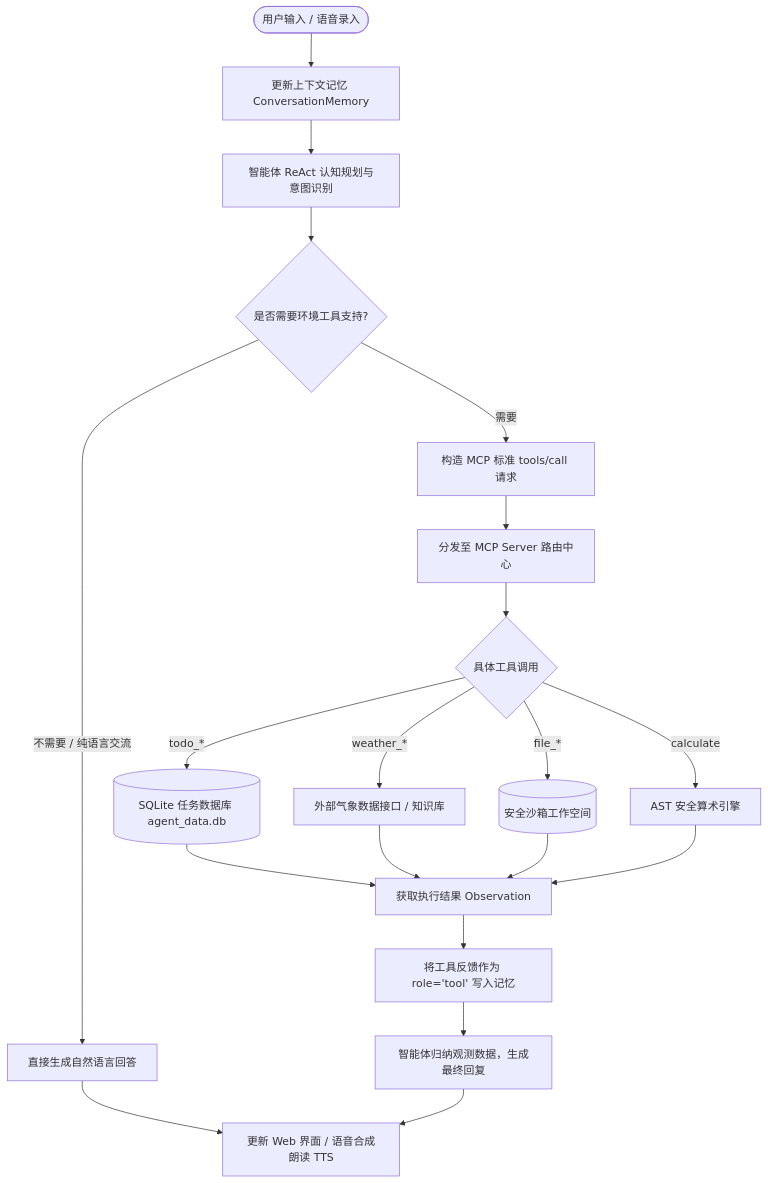
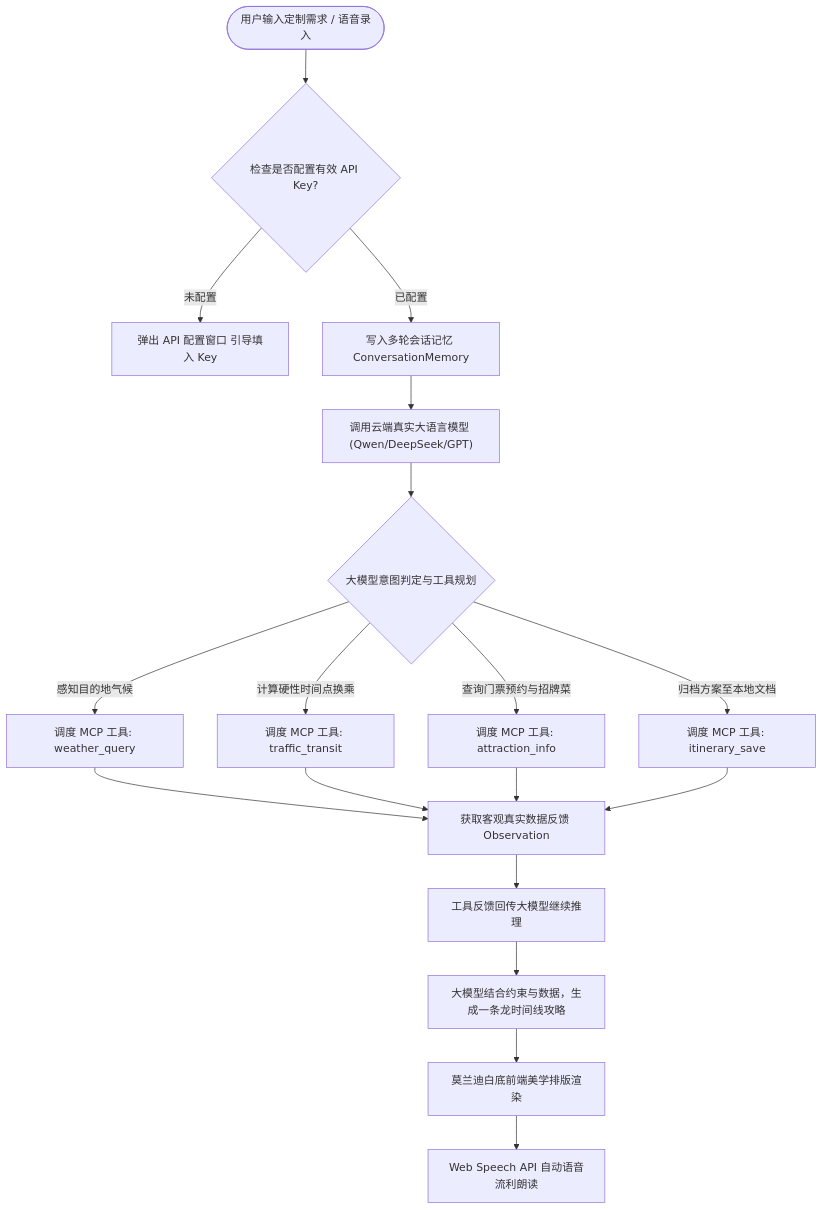
One commit to IntZhx2/IntZhx2 changed the diagram in smart_agent/BLOG.md. Above: the diagram before and after it, drawn with Mermaid. The commit also changed other lines of this file and 10 other files, not shown here.

````diff
--- a/smart_agent/BLOG.md
+++ b/smart_agent/BLOG.md
@@ -68,29 +67,26 @@
 ```mermaid
 flowchart TD
-    Start([用户输入 / 语音录入]) --> MemoryUpdate[更新上下文记忆 ConversationMemory]
-    MemoryUpdate --> Think[智能体 ReAct 认知规划与意图识别]
+    User([用户输入定制需求 / 语音录入]) --> ValidateKey{检查是否配置有效 API Key?}
+    ValidateKey -->|未配置| ShowModal[弹出 API 配置窗口 引导填入 Key]
     
-    Think --> Decision{是否需要环境工具支持?}
+    ValidateKey -->|已配置| MemoryAppend[写入多轮会话记忆 ConversationMemory]
+    MemoryAppend --> CloudLLM["调用云端真实大语言模型 (Qwen/DeepSeek/GPT)"]
     
-    Decision -->|不需要 / 纯语言交流| DirectAnswer[直接生成自然语言回答]
+    CloudLLM --> ReActDecision{大模型意图判定与工具规划}
     
-    Decision -->|需要| BuildCall[构造 MCP 标准 tools/call 请求]
-    BuildCall --> MCPServer[分发至 MCP Server 路由中心]
+    ReActDecision -->|感知目的地气候| ToolWeather["调度 MCP 工具: weather_query"]
+    ReActDecision -->|计算硬性时间点换乘| ToolTraffic["调度 MCP 工具: traffic_transit"]
+    ReActDecision -->|查询门票预约与招牌菜| ToolAttraction["调度 MCP 工具: attraction_info"]
+    ReActDecision -->|归档方案至本地文档| ToolSave["调度 MCP 工具: itinerary_save"]
     
-    MCPServer --> ToolBranch{具体工具调用}
-    ToolBranch -->|todo_*| SQLite[(SQLite 任务数据库 agent_data.db)]
-    ToolBranch -->|weather_*| WeatherAPI[外部气象数据接口 / 知识库]
-    ToolBranch -->|file_*| Sandbox[(安全沙箱工作空间)]
-    ToolBranch -->|calculate| ASTCalc[AST 安全算术引擎]
+    ToolWeather --> Observation[获取客观真实数据反馈 Observation]
+    ToolTraffic --> Observation
+    ToolAttraction --> Observation
+    ToolSave --> Observation
     
-    SQLite --> Observation[获取执行结果 Observation]
-    WeatherAPI --> Observation
-    Sandbox --> Observation
-    ASTCalc --> Observation
+    Observation --> FeedMemory[工具反馈回传大模型继续推理]
+    FeedMemory --> FinalSynthesis["大模型结合约束与数据，生成一条龙时间线攻略"]
     
-    Observation --> FeedMemory[将工具反馈作为 role='tool' 写入记忆]
-    FeedMemory --> Synthesize[智能体归纳观测数据，生成最终回复]
-    
-    DirectAnswer --> EndFlow[更新 Web 界面 / 语音合成朗读 TTS]
-    Synthesize --> EndFlow
+    FinalSynthesis --> RenderUI[莫兰迪白底前端美学排版渲染]
+    RenderUI --> TTS[Web Speech API 自动语音流利朗读]
 ```
````
